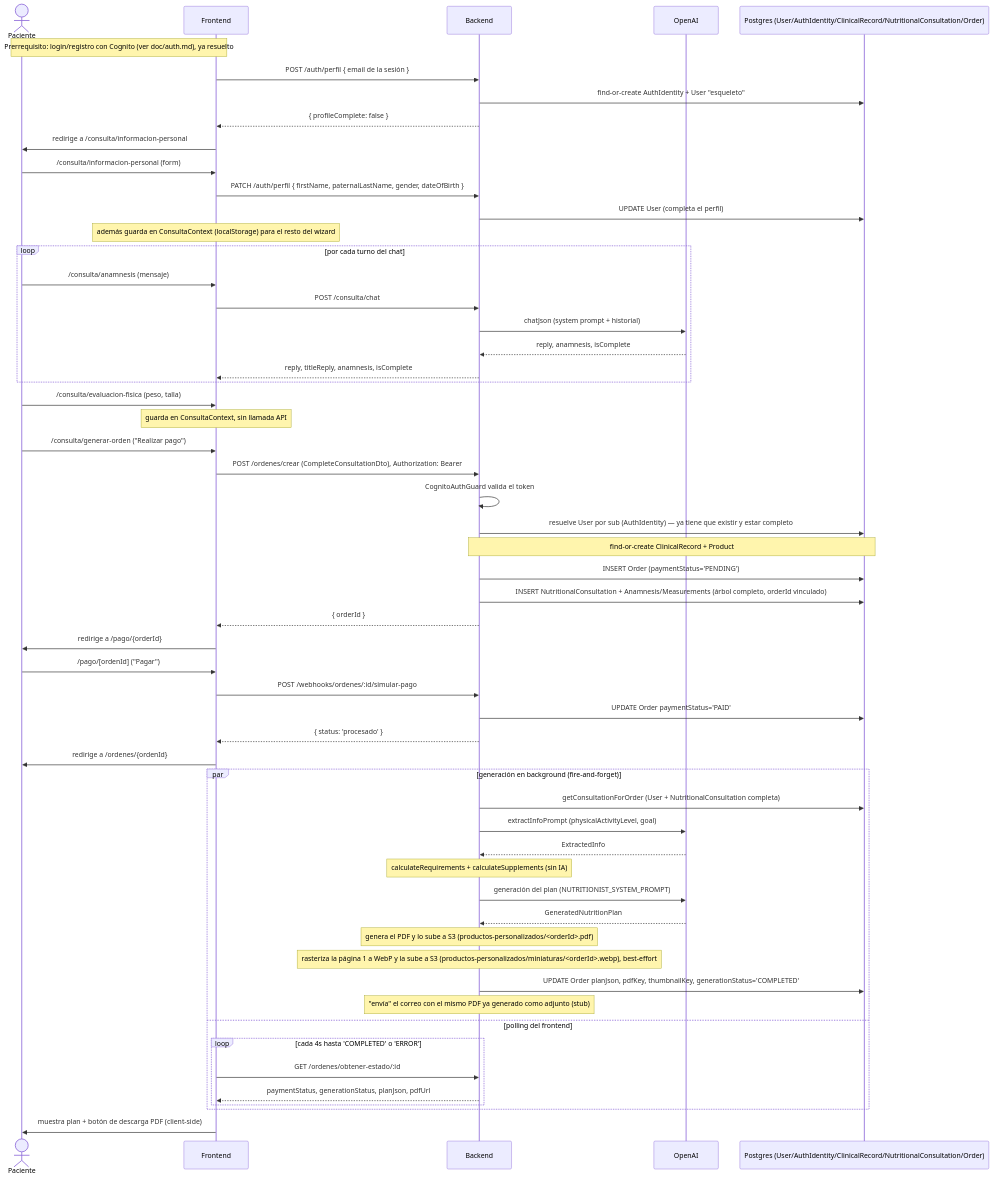
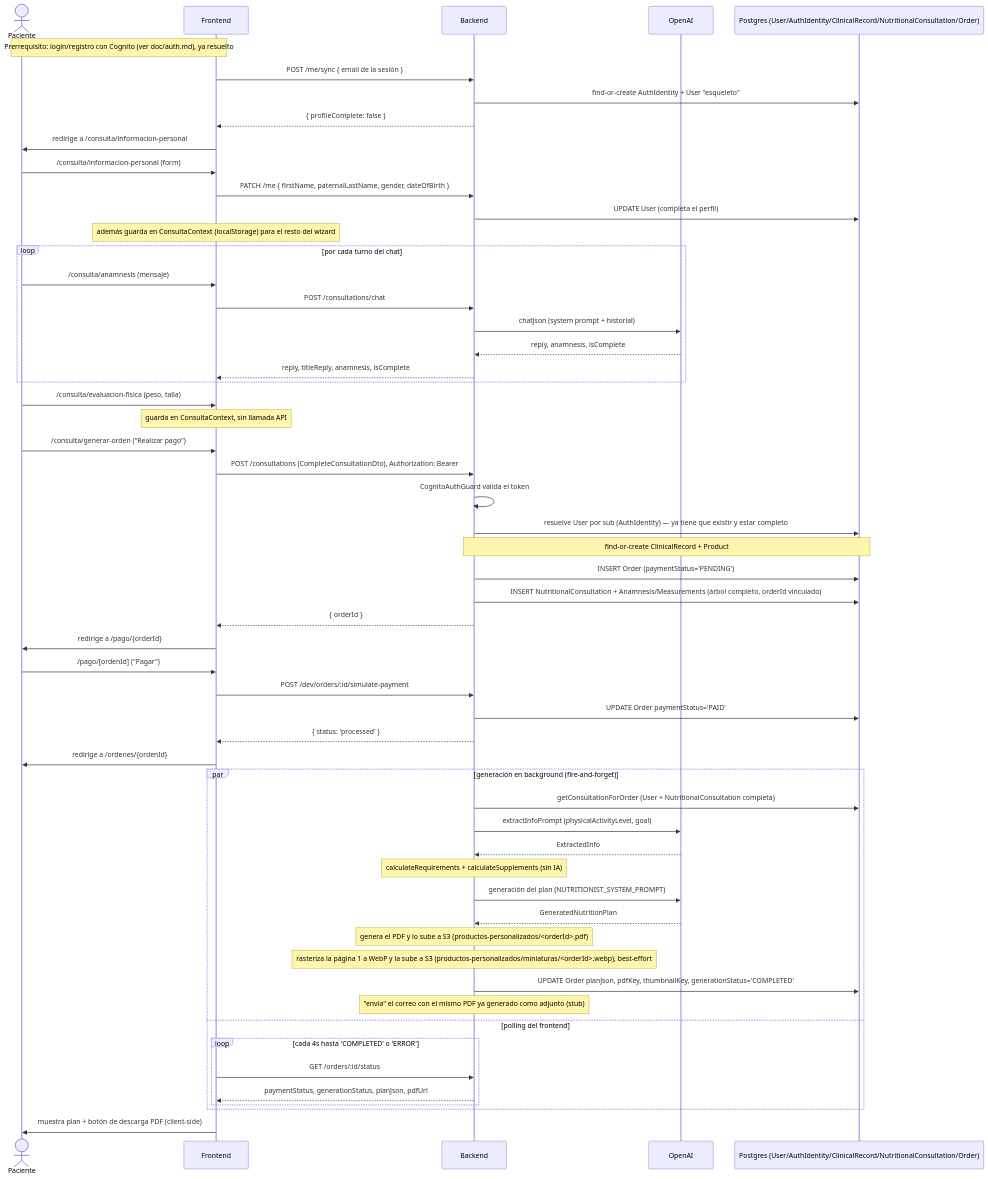
The diagram in doc/flow-happy-path.md (alvarocberna/fitplan-back), drawn with Mermaid before and after one commit. The commit also changed other lines of this file and 344 other files, not shown here.

````diff
--- a/doc/flow-happy-path.md
+++ b/doc/flow-happy-path.md
@@ -36,66 +39,66 @@
 ```mermaid
 sequenceDiagram
     actor Paciente
     participant FE as Frontend
     participant BE as Backend
     participant AI as OpenAI
     participant DB as Postgres (User/AuthIdentity/ClinicalRecord/NutritionalConsultation/Order)
 
     Note over Paciente,FE: Prerrequisito: login/registro con Cognito (ver doc/auth.md), ya resuelto
-    FE->>BE: POST /auth/perfil { email de la sesión }
+    FE->>BE: POST /me/sync { email de la sesión }
     BE->>DB: find-or-create AuthIdentity + User "esqueleto"
     BE-->>FE: { profileComplete: false }
     FE->>Paciente: redirige a /consulta/informacion-personal
 
     Paciente->>FE: /consulta/informacion-personal (form)
-    FE->>BE: PATCH /auth/perfil { firstName, paternalLastName, gender, dateOfBirth }
+    FE->>BE: PATCH /me { firstName, paternalLastName, gender, dateOfBirth }
     BE->>DB: UPDATE User (completa el perfil)
     Note over FE: además guarda en ConsultaContext (localStorage) para el resto del wizard
 
     loop por cada turno del chat
         Paciente->>FE: /consulta/anamnesis (mensaje)
-        FE->>BE: POST /consulta/chat
+        FE->>BE: POST /consultations/chat
         BE->>AI: chatJson (system prompt + historial)
         AI-->>BE: reply, anamnesis, isComplete
         BE-->>FE: reply, titleReply, anamnesis, isComplete
     end
 
     Paciente->>FE: /consulta/evaluacion-fisica (peso, talla)
     Note over FE: guarda en ConsultaContext, sin llamada API
 
     Paciente->>FE: /consulta/generar-orden ("Realizar pago")
-    FE->>BE: POST /ordenes/crear (CompleteConsultationDto), Authorization: Bearer
+    FE->>BE: POST /consultations (CompleteConsultationDto), Authorization: Bearer
     BE->>BE: CognitoAuthGuard valida el token
     BE->>DB: resuelve User por sub (AuthIdentity) — ya tiene que existir y estar completo
     Note over BE,DB: find-or-create ClinicalRecord + Product
     BE->>DB: INSERT Order (paymentStatus='PENDING')
     BE->>DB: INSERT NutritionalConsultation + Anamnesis/Measurements (árbol completo, orderId vinculado)
     BE-->>FE: { orderId }
     FE->>Paciente: redirige a /pago/{orderId}
 
     Paciente->>FE: /pago/[ordenId] ("Pagar")
-    FE->>BE: POST /webhooks/ordenes/:id/simular-pago
+    FE->>BE: POST /dev/orders/:id/simulate-payment
     BE->>DB: UPDATE Order paymentStatus='PAID'
-    BE-->>FE: { status: 'procesado' }
+    BE-->>FE: { status: 'processed' }
     FE->>Paciente: redirige a /ordenes/{ordenId}
 
     par generación en background (fire-and-forget)
         BE->>DB: getConsultationForOrder (User + NutritionalConsultation completa)
         BE->>AI: extractInfoPrompt (physicalActivityLevel, goal)
         AI-->>BE: ExtractedInfo
         Note over BE: calculateRequirements + calculateSupplements (sin IA)
         BE->>AI: generación del plan (NUTRITIONIST_SYSTEM_PROMPT)
         AI-->>BE: GeneratedNutritionPlan
         Note over BE: genera el PDF y lo sube a S3 (productos-personalizados/<orderId>.pdf)
         Note over BE: rasteriza la página 1 a WebP y la sube a S3 (productos-personalizados/miniaturas/<orderId>.webp), best-effort
         BE->>DB: UPDATE Order planJson, pdfKey, thumbnailKey, generationStatus='COMPLETED'
         Note over BE: "envía" el correo con el mismo PDF ya generado como adjunto (stub)
     and polling del frontend
         loop cada 4s hasta 'COMPLETED' o 'ERROR'
-            FE->>BE: GET /ordenes/obtener-estado/:id
+            FE->>BE: GET /orders/:id/status
             BE-->>FE: paymentStatus, generationStatus, planJson, pdfUrl
         end
     end
 
     FE->>Paciente: muestra plan + botón de descarga PDF (client-side)
 ```
````
